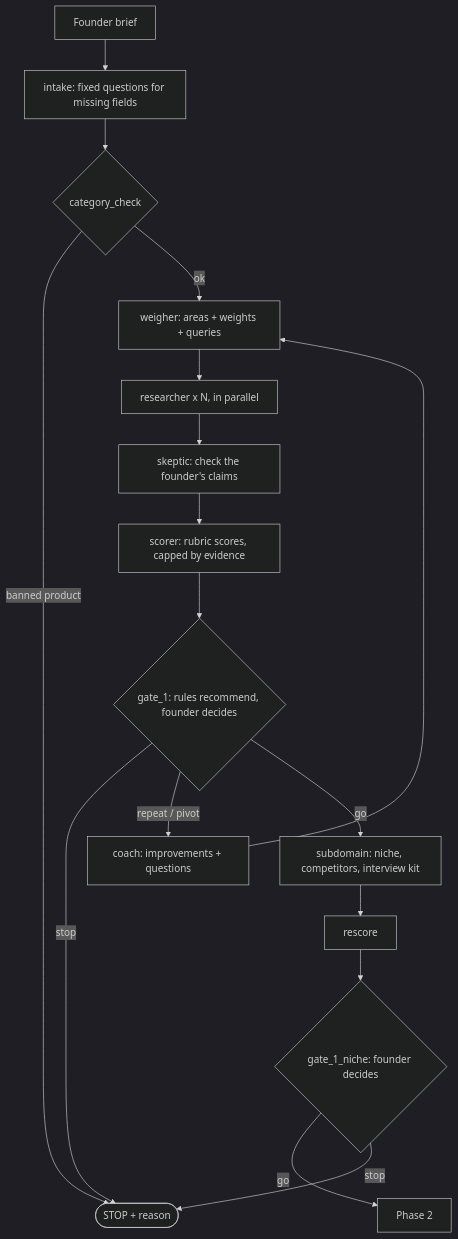
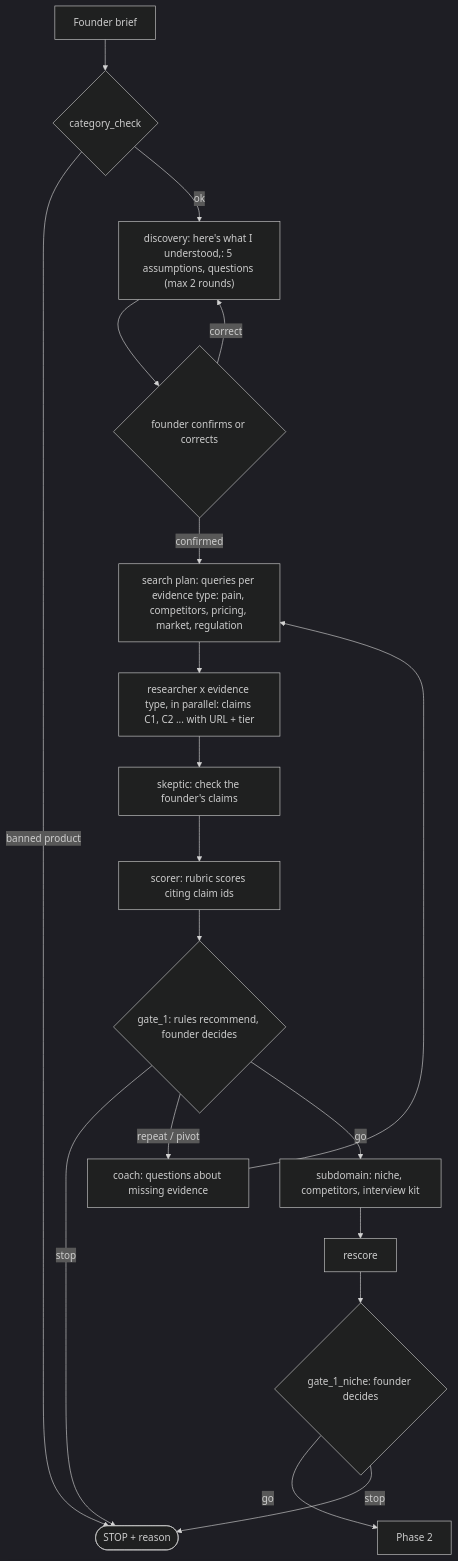
One commit to moazezzat-sudo/agentic-venture-builder changed the second of 4 diagrams in ARCHITECTURE.md. Above: the diagram before and after it, drawn with Mermaid (dark theme). The commit also changed other lines of this file and 6 other files, not shown here.

````diff
--- a/ARCHITECTURE.md
+++ b/ARCHITECTURE.md
@@ -35,17 +35,19 @@
 ```mermaid
 flowchart TD
-  B["Founder brief"] --> I["intake: fixed questions for missing fields"]
-  I --> C{"category_check"}
+  B["Founder brief"] --> C{"category_check"}
   C -- "banned product" --> S(["STOP + reason"])
-  C -- "ok" --> W["weigher: areas + weights + queries"]
-  W --> R["researcher x N, in parallel"]
+  C -- "ok" --> D["discovery: here's what I understood,: 5 assumptions, questions (max 2 rounds)"]
+  D --> F{"founder confirms or corrects"}
+  F -- "correct" --> D
+  F -- "confirmed" --> W["search plan: queries per evidence type: pain, competitors, pricing, market, regulation"]
+  W --> R["researcher x evidence type, in parallel: claims C1, C2 ... with URL + tier"]
   R --> SK["skeptic: check the founder's claims"]
-  SK --> SC["scorer: rubric scores, capped by evidence"]
+  SK --> SC["scorer: rubric scores citing claim ids"]
   SC --> G{"gate_1: rules recommend, founder decides"}
   G -- "stop" --> S
-  G -- "repeat / pivot" --> CO["coach: improvements + questions"] --> W
+  G -- "repeat / pivot" --> CO["coach: questions about missing evidence"] --> W
   G -- "go" --> SD["subdomain: niche, competitors, interview kit"]
   SD --> RS["rescore"] --> G2{"gate_1_niche: founder decides"}
   G2 -- "go" --> P2["Phase 2"]
   G2 -- "stop" --> S
 ```
````
